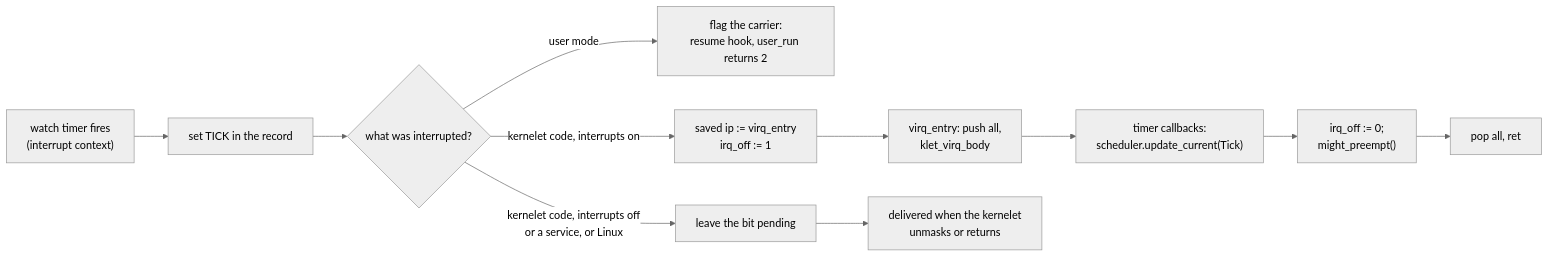
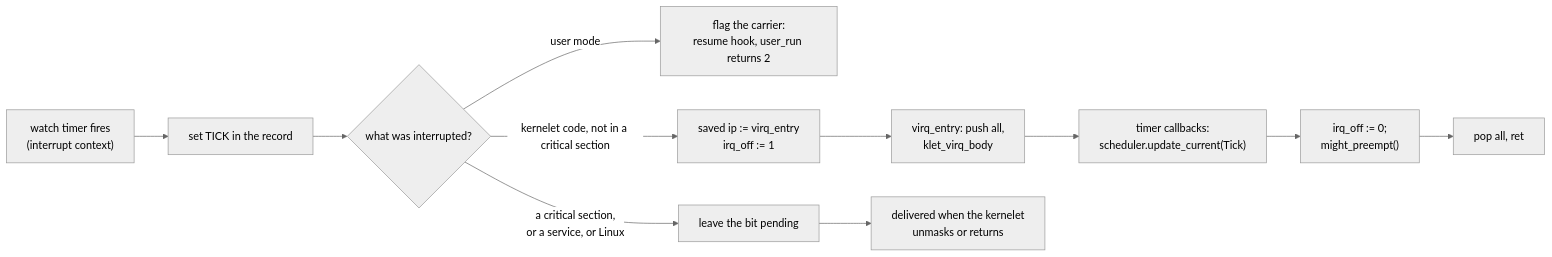
One commit to Plucky923/kernelet changed the diagram in src/virtual-interrupts.md. Above: the diagram before and after it, drawn with Mermaid (neutral theme). The commit also changed other lines of this file and 12 other files, not shown here.

````diff
--- a/src/virtual-interrupts.md
+++ b/src/virtual-interrupts.md
@@ -148,13 +153,13 @@
 ```mermaid
 flowchart LR
     t["watch timer fires<br/>(interrupt context)"] --> raise["set TICK in the record"]
     raise --> where{"what was interrupted?"}
     where -- "user mode" --> flag["flag the carrier:<br/>resume hook, user_run returns 2"]
-    where -- "kernelet code, interrupts on" --> redir["saved ip := virq_entry<br/>irq_off := 1"]
-    where -- "kernelet code, interrupts off<br/>or a service, or Linux" --> pend["leave the bit pending"]
+    where -- "kernelet code, not in a critical section" --> redir["saved ip := virq_entry<br/>irq_off := 1"]
+    where -- "a critical section,<br/>or a service, or Linux" --> pend["leave the bit pending"]
     redir --> stub["virq_entry: push all,<br/>klet_virq_body"]
     stub --> h["timer callbacks:<br/>scheduler.update_current(Tick)"]
     h --> pre["irq_off := 0;<br/>might_preempt()"]
     pre --> ret["pop all, ret"]
     pend --> later["delivered when the kernelet<br/>unmasks or returns"]
 ```
````
